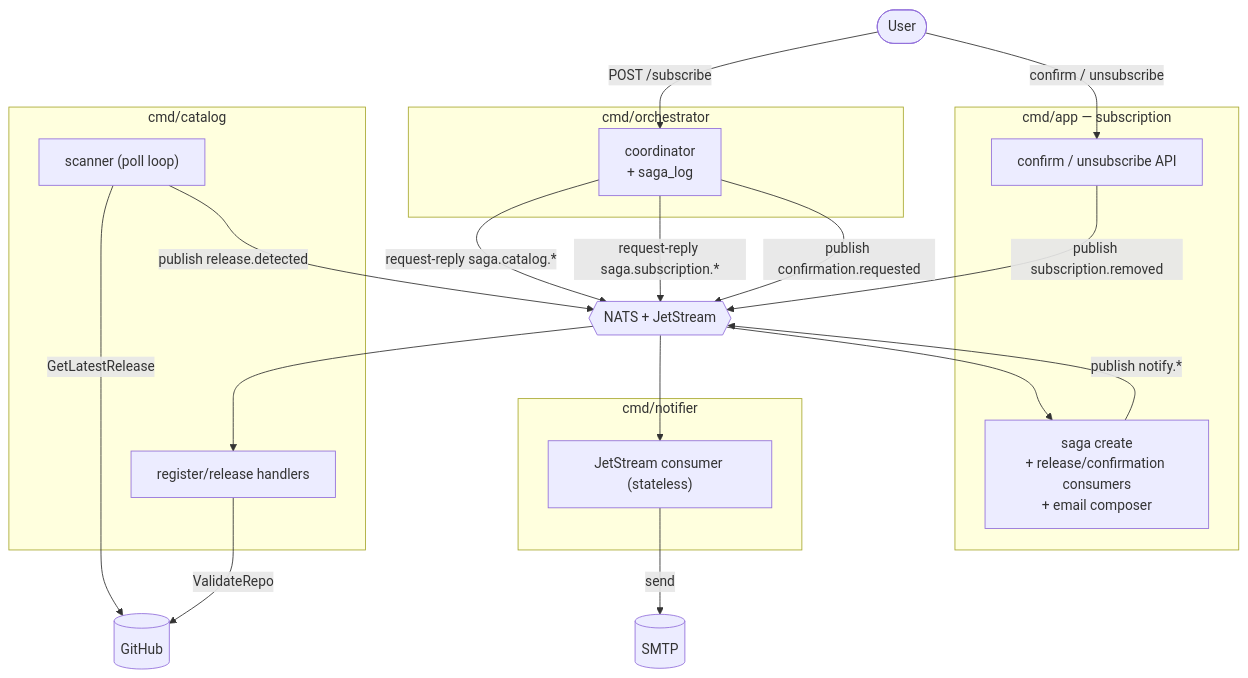
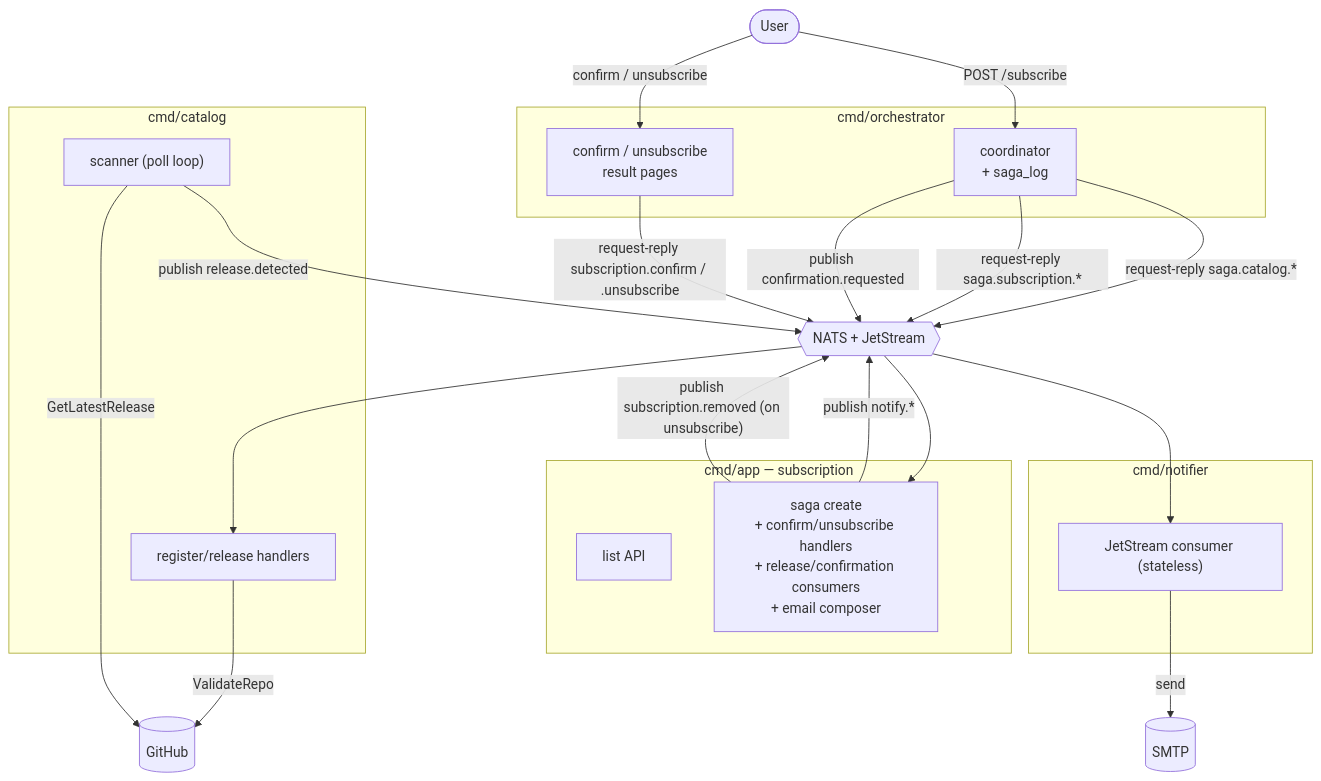
One commit to GenesisEducationKyiv/software-engineering-school-6-0-Andriy-Sydorenko changed the diagram in docs/microservices.md. Above: the diagram before and after it, drawn with Mermaid. The commit also changed other lines of this file and 24 other files, not shown here.

Commit message:
feat(notifier): Send List-Unsubscribe header and multipart plaintext email

````diff
--- a/docs/microservices.md
+++ b/docs/microservices.md
@@ -43,36 +45,38 @@
 ```mermaid
 flowchart TB
   Client([User])
   subgraph ORCH["cmd/orchestrator"]
     CO["coordinator<br/>+ saga_log"]
+    PG["confirm / unsubscribe<br/>result pages"]
   end
   subgraph SUB["cmd/app — subscription"]
-    API["confirm / unsubscribe API"]
-    SH["saga create<br/>+ release/confirmation consumers<br/>+ email composer"]
+    API["list API"]
+    SH["saga create<br/>+ confirm/unsubscribe handlers<br/>+ release/confirmation consumers<br/>+ email composer"]
   end
   subgraph CAT["cmd/catalog"]
     CH["register/release handlers"]
     SCAN["scanner (poll loop)"]
   end
   subgraph NOT["cmd/notifier"]
     NS["JetStream consumer (stateless)"]
   end
   NATS{{"NATS + JetStream"}}
   GH[("GitHub")]
   SMTP[("SMTP")]
 
   Client -->|"POST /subscribe"| CO
-  Client -->|"confirm / unsubscribe"| API
+  Client -->|"confirm / unsubscribe"| PG
   CO -->|"request-reply saga.catalog.*"| NATS
   CO -->|"request-reply saga.subscription.*"| NATS
   CO -->|"publish confirmation.requested"| NATS
+  PG -->|"request-reply subscription.confirm / .unsubscribe"| NATS
   NATS --> CH
   NATS --> SH
   CH -->|ValidateRepo| GH
   SCAN -->|GetLatestRelease| GH
   SCAN -->|"publish release.detected"| NATS
   SH -->|"publish notify.*"| NATS
-  API -->|"publish subscription.removed"| NATS
+  SH -->|"publish subscription.removed (on unsubscribe)"| NATS
   NATS --> NS
   NS -->|send| SMTP
 ```
````
